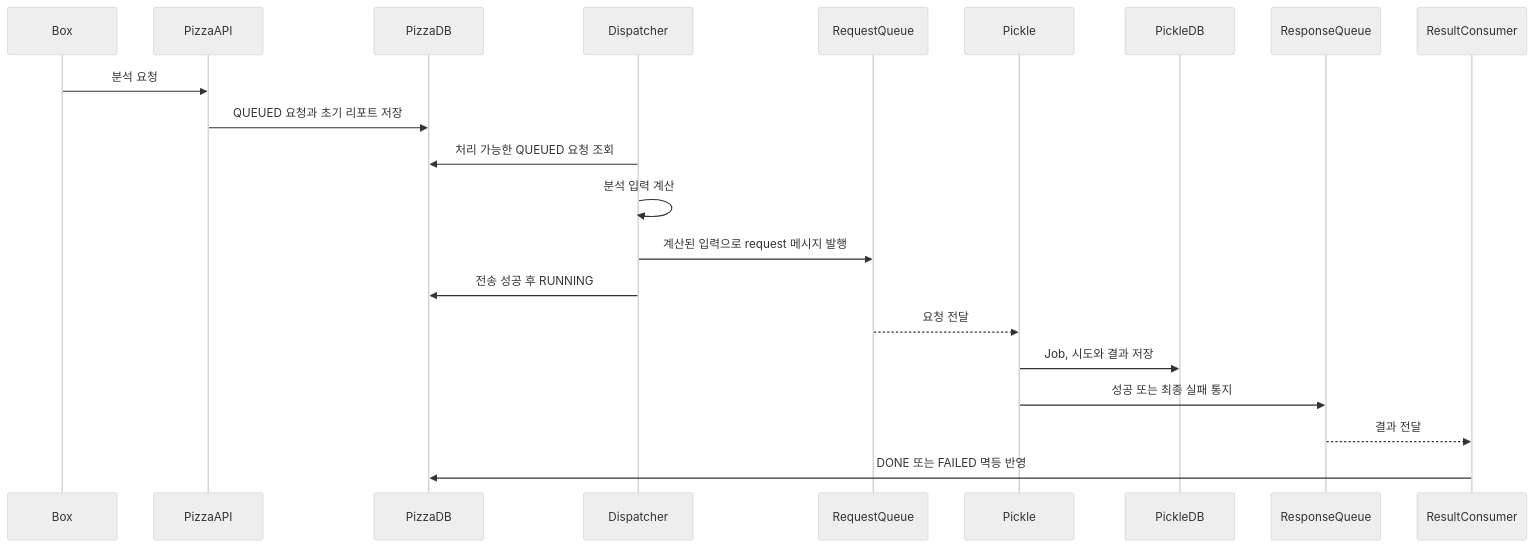
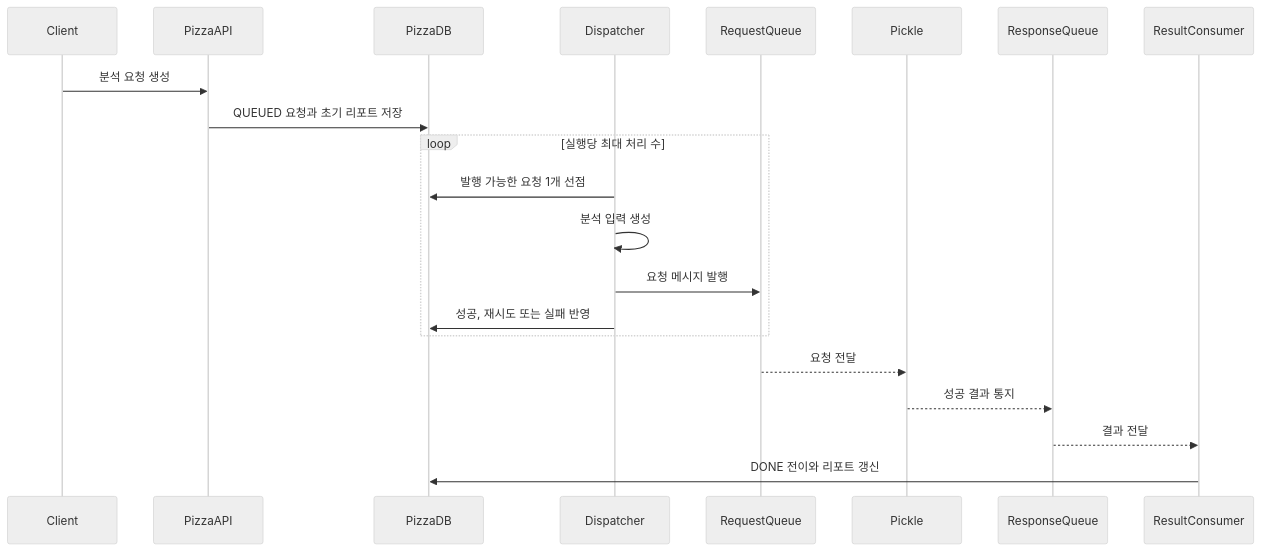
The diagram in docs/analysis-pipeline/README.md (dawwson/psycho.pizza), drawn with Mermaid (neutral theme) before and after one commit. The commit also changed other lines of this file and 38 other files, not shown here.

````diff
--- a/docs/analysis-pipeline/README.md
+++ b/docs/analysis-pipeline/README.md
@@ -78,24 +36,24 @@
 ```mermaid
 sequenceDiagram
-    participant boxClient as Box
+    participant Client
     participant PizzaAPI
     participant PizzaDB
     participant Dispatcher
     participant RequestQueue
     participant Pickle
-    participant PickleDB
     participant ResponseQueue
     participant ResultConsumer
 
-    boxClient->>PizzaAPI: 분석 요청
+    Client->>PizzaAPI: 분석 요청 생성
     PizzaAPI->>PizzaDB: QUEUED 요청과 초기 리포트 저장
-    Dispatcher->>PizzaDB: 처리 가능한 QUEUED 요청 조회
-    Dispatcher->>Dispatcher: 분석 입력 계산
-    Dispatcher->>RequestQueue: 계산된 입력으로 request 메시지 발행
-    Dispatcher->>PizzaDB: 전송 성공 후 RUNNING
+    loop 실행당 최대 처리 수
+        Dispatcher->>PizzaDB: 발행 가능한 요청 1개 선점
+        Dispatcher->>Dispatcher: 분석 입력 생성
+        Dispatcher->>RequestQueue: 요청 메시지 발행
+        Dispatcher->>PizzaDB: 성공, 재시도 또는 실패 반영
+    end
     RequestQueue-->>Pickle: 요청 전달
-    Pickle->>PickleDB: Job, 시도와 결과 저장
-    Pickle->>ResponseQueue: 성공 또는 최종 실패 통지
+    Pickle-->>ResponseQueue: 성공 결과 통지
     ResponseQueue-->>ResultConsumer: 결과 전달
-    ResultConsumer->>PizzaDB: DONE 또는 FAILED 멱등 반영
+    ResultConsumer->>PizzaDB: DONE 전이와 리포트 갱신
 ```
````
